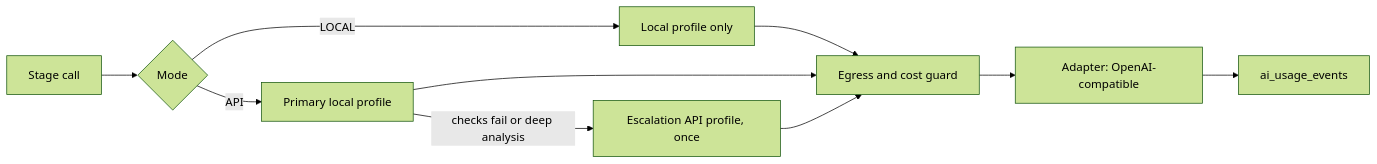
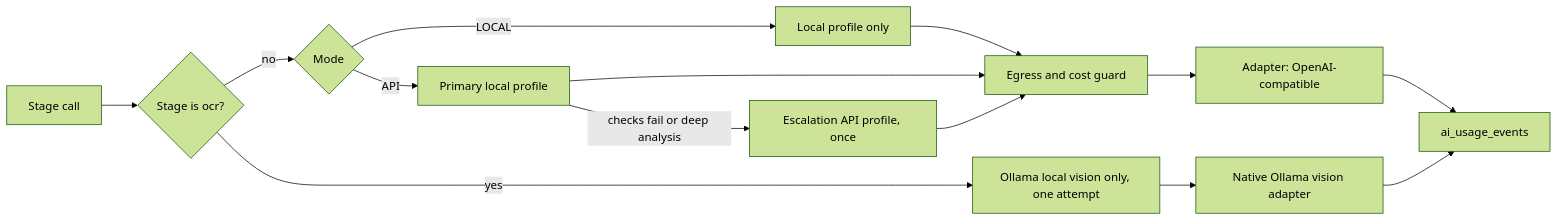
Before and after one commit to deviouslove-ship-it/Evidence_RAG_Handoff: the diagram in .kiro/specs/model-registry/design.md, drawn with Mermaid (forest theme). The commit also changed other lines of this file and 85 other files, not shown here.

````diff
--- a/.kiro/specs/model-registry/design.md
+++ b/.kiro/specs/model-registry/design.md
@@ -22,12 +23,16 @@
 ```mermaid
 flowchart LR
-  S[Stage call] --> M{Mode}
+  S[Stage call] --> O{Stage is ocr?}
+  O -->|yes| V[Ollama local vision only, one attempt]
+  O -->|no| M{Mode}
   M -->|LOCAL| L[Local profile only]
   M -->|API| P[Primary local profile]
   P -->|checks fail or deep analysis| E[Escalation API profile, once]
   L --> X[Egress and cost guard]
   P --> X
   E --> X
   X --> A[Adapter: OpenAI-compatible]
   A --> U[ai_usage_events]
+  V --> I[Native Ollama vision adapter]
+  I --> U
 ```
````
